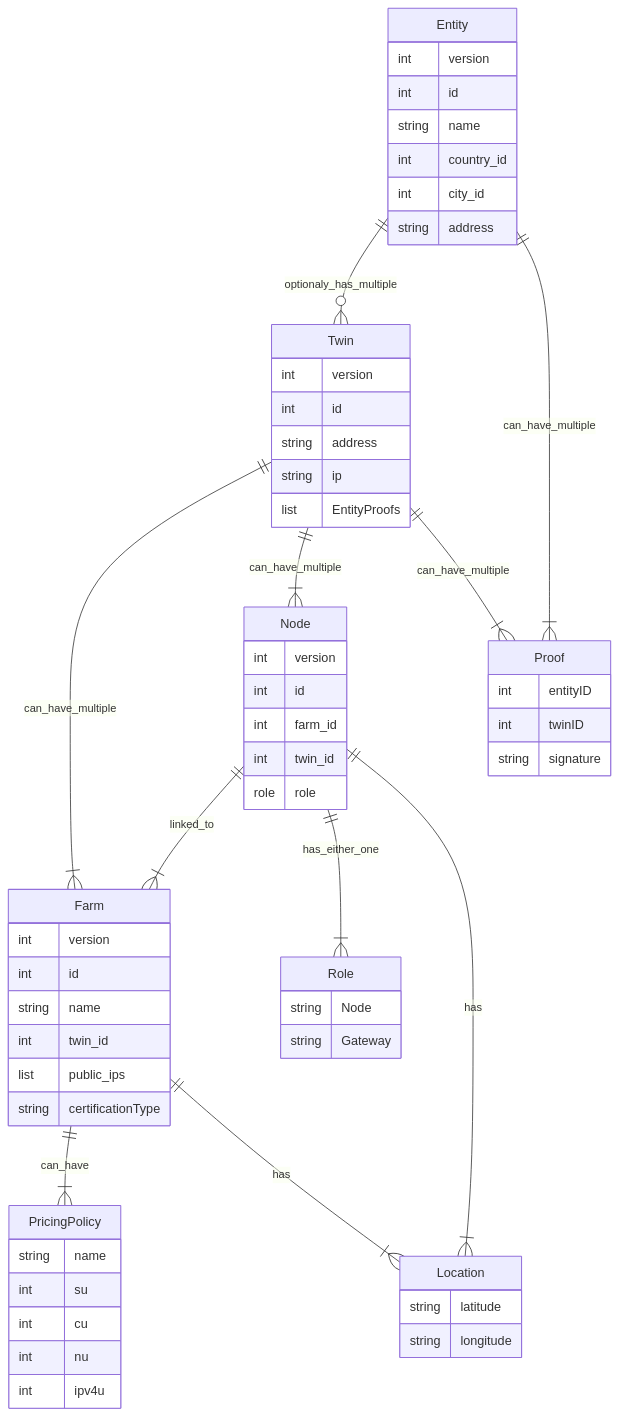
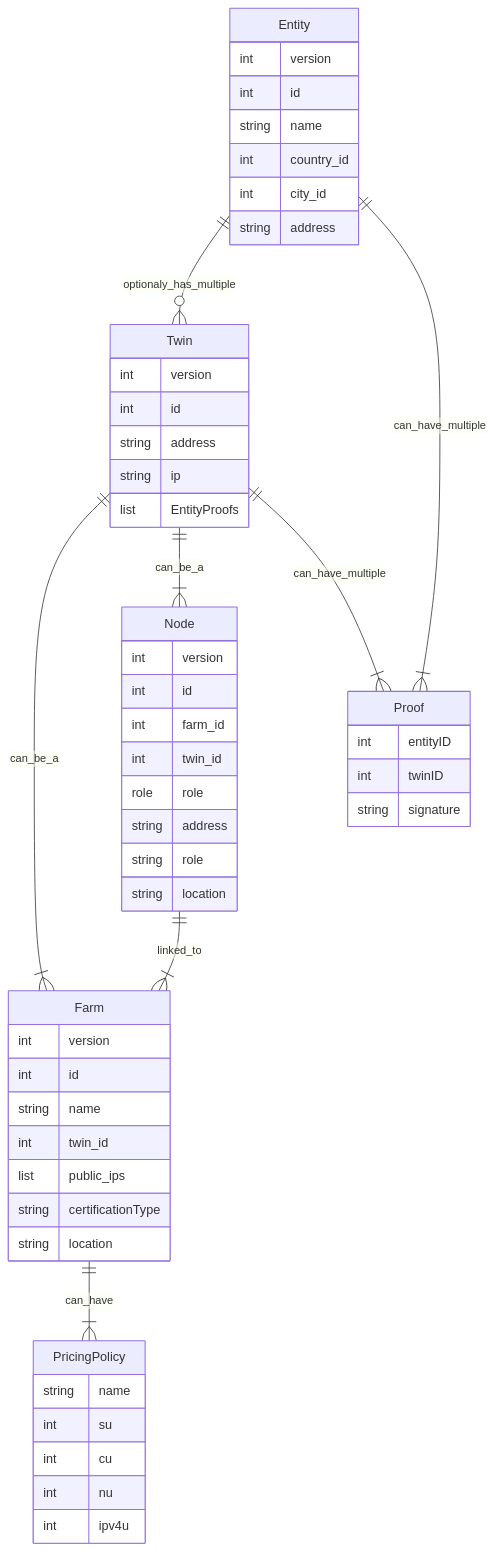
The diagram in pallet-tfgrid/diagram.md (threefoldtecharchive/tfchain_pallets), drawn with Mermaid before and after one commit. The commit also changed 1 other file, not shown here.

Commit message:
rework ER diagram for griddb

````diff
--- a/pallet-tfgrid/diagram.md
+++ b/pallet-tfgrid/diagram.md
@@ -1,63 +1,56 @@
 ```mermaid
 erDiagram
     Entity ||--o{ Twin : optionaly_has_multiple
     Entity {
         int version
         int id
         string name
         int country_id
         int city_id
         string address
     }
-    Twin ||--|{ Farm : can_have_multiple
-    Twin ||--|{ Node : can_have_multiple
+    Twin ||--|{ Farm : can_be_a
+    Twin ||--|{ Node : can_be_a
     Twin {
         int version
         int id
         string address
         string ip
         list EntityProofs
     }
     Twin ||--|{ Proof : can_have_multiple
     Entity ||--|{ Proof : can_have_multiple
     Proof {
         int entityID
         int twinID
         string signature
     }
     Node ||--|{ Farm : linked_to
-    Node ||--|{ Role : has_either_one
     Farm {
         int version
         int id
         string name
         int twin_id
         list public_ips
         string certificationType
+        string location
     }
     Farm ||--|{ PricingPolicy : can_have
     Node {
         int version
         int id
         int farm_id
         int twin_id
         role role
-    }
-    Role {
-        string Node
-        string Gateway
+        string address
+        string role
+        string location
     }
     PricingPolicy {
         string name
         int su
         int cu
         int nu
         int ipv4u
     }
-    Location {
-        string latitude
-        string longitude
-    }
-    Farm ||--|{ Location : has
-    Node ||--|{ Location : has
 ```
````
